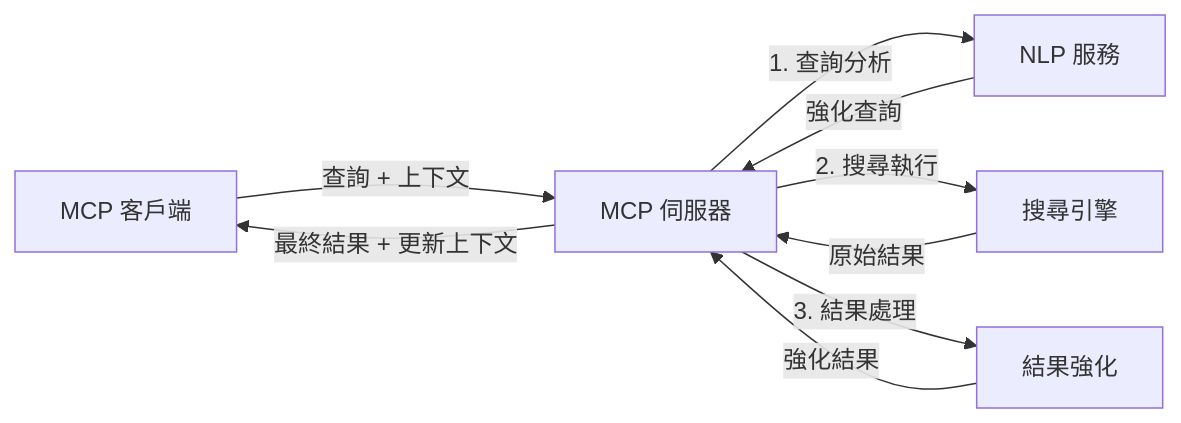
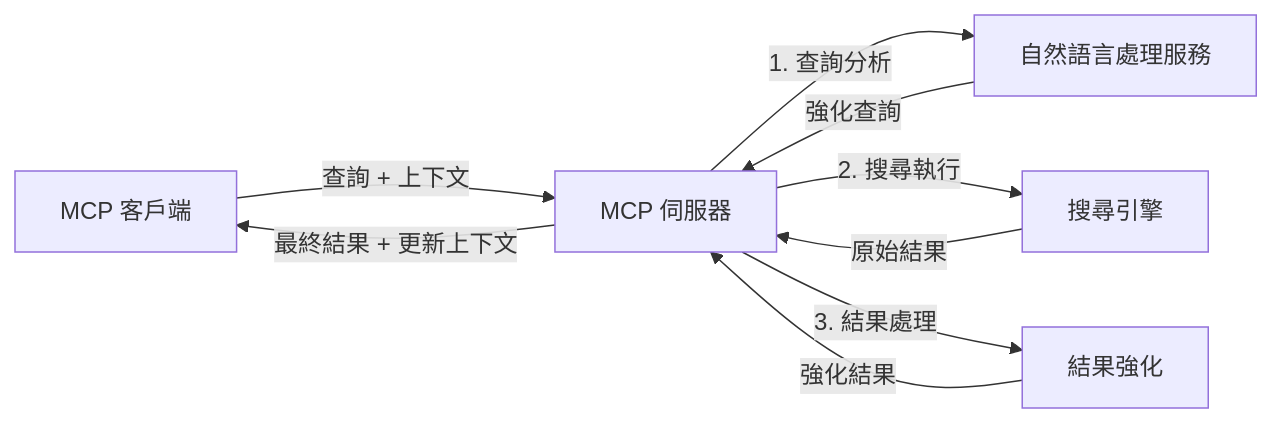
One commit to microsoft/mcp-for-beginners changed the fourth of 4 diagrams in translations/zh-MO/05-AdvancedTopics/mcp-realtimesearch/README.md. Above: the diagram before and after it, drawn with Mermaid. The commit also changed other lines of this file and 103 other files, not shown here.

````diff
--- a/translations/zh-MO/05-AdvancedTopics/mcp-realtimesearch/README.md
+++ b/translations/zh-MO/05-AdvancedTopics/mcp-realtimesearch/README.md
@@ -626,11 +629,11 @@
 ```mermaid
 graph LR
     Client[MCP 客戶端] --> |查詢 + 上下文| Server[MCP 伺服器]
-    Server --> |1. 查詢分析| NLP[NLP 服務]
+    Server --> |1. 查詢分析| NLP[自然語言處理服務]
     NLP --> |強化查詢| Server
     Server --> |2. 搜尋執行| Search[搜尋引擎]
     Search --> |原始結果| Server
     Server --> |3. 結果處理| Enhancement[結果強化]
     Enhancement --> |強化結果| Server
     Server --> |最終結果 + 更新上下文| Client
 ```
````
